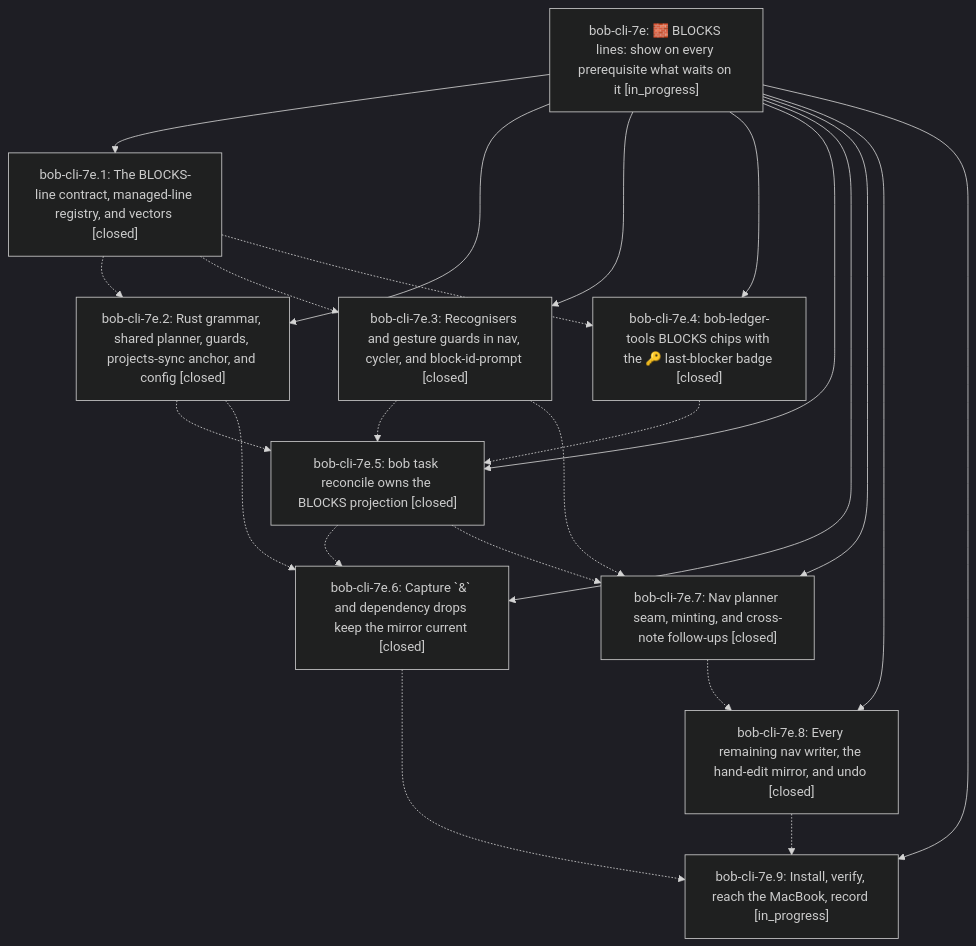
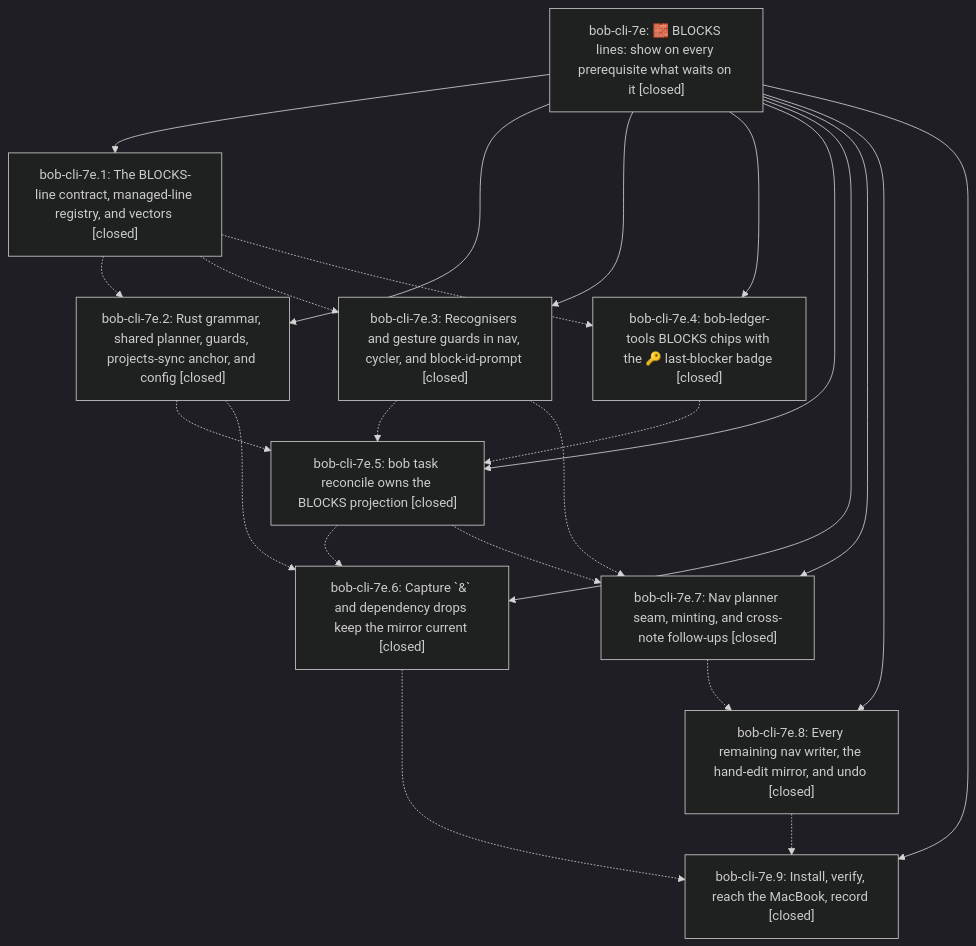
Before and after one commit to bobs-org/bob-cli--beads: the diagram in pages/bob-cli-7e/README.md, drawn with Mermaid (dark theme). The commit also changed other lines of this file and 4 other files, not shown here.

First line of the commit message:
chore(beads): sync bead state and pages for bob-cli-7e

````diff
--- a/pages/bob-cli-7e/README.md
+++ b/pages/bob-cli-7e/README.md
@@ -44,35 +48,35 @@
 ```mermaid
 flowchart TD
-    n0["bob-cli-7e: 🧱 BLOCKS lines: show on every prerequisite what waits on it [in_progress]"]
+    n0["bob-cli-7e: 🧱 BLOCKS lines: show on every prerequisite what waits on it [closed]"]
     n1["bob-cli-7e.1: The BLOCKS-line contract, managed-line registry, and vectors [closed]"]
     n2["bob-cli-7e.2: Rust grammar, shared planner, guards, projects-sync anchor, and config [closed]"]
     n3["bob-cli-7e.3: Recognisers and gesture guards in nav, cycler, and block-id-prompt [closed]"]
     n4["bob-cli-7e.4: bob-ledger-tools BLOCKS chips with the 🔑 last-blocker badge [closed]"]
     n5["bob-cli-7e.5: bob task reconcile owns the BLOCKS projection [closed]"]
     n6["bob-cli-7e.6: Capture `&` and dependency drops keep the mirror current [closed]"]
     n7["bob-cli-7e.7: Nav planner seam, minting, and cross-note follow-ups [closed]"]
     n8["bob-cli-7e.8: Every remaining nav writer, the hand-edit mirror, and undo [closed]"]
-    n9["bob-cli-7e.9: Install, verify, reach the MacBook, record [in_progress]"]
+    n9["bob-cli-7e.9: Install, verify, reach the MacBook, record [closed]"]
     n0 --> n1
     n0 --> n2
     n0 --> n3
     n0 --> n4
     n0 --> n5
     n0 --> n6
     n0 --> n7
     n0 --> n8
     n0 --> n9
     n1 -.-> n2
     n1 -.-> n3
     n1 -.-> n4
     n2 -.-> n5
     n2 -.-> n6
     n3 -.-> n5
     n3 -.-> n7
     n4 -.-> n5
     n5 -.-> n6
     n5 -.-> n7
     n6 -.-> n9
     n7 -.-> n8
     n8 -.-> n9
 ```
````
